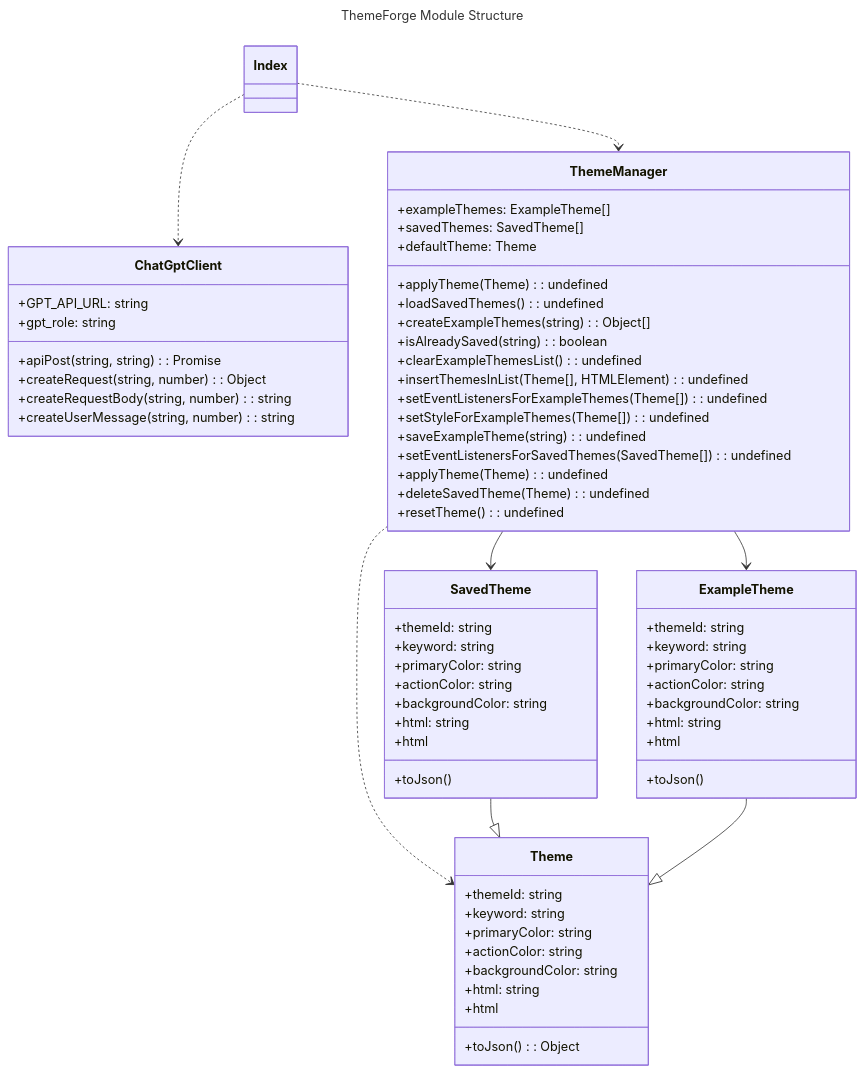
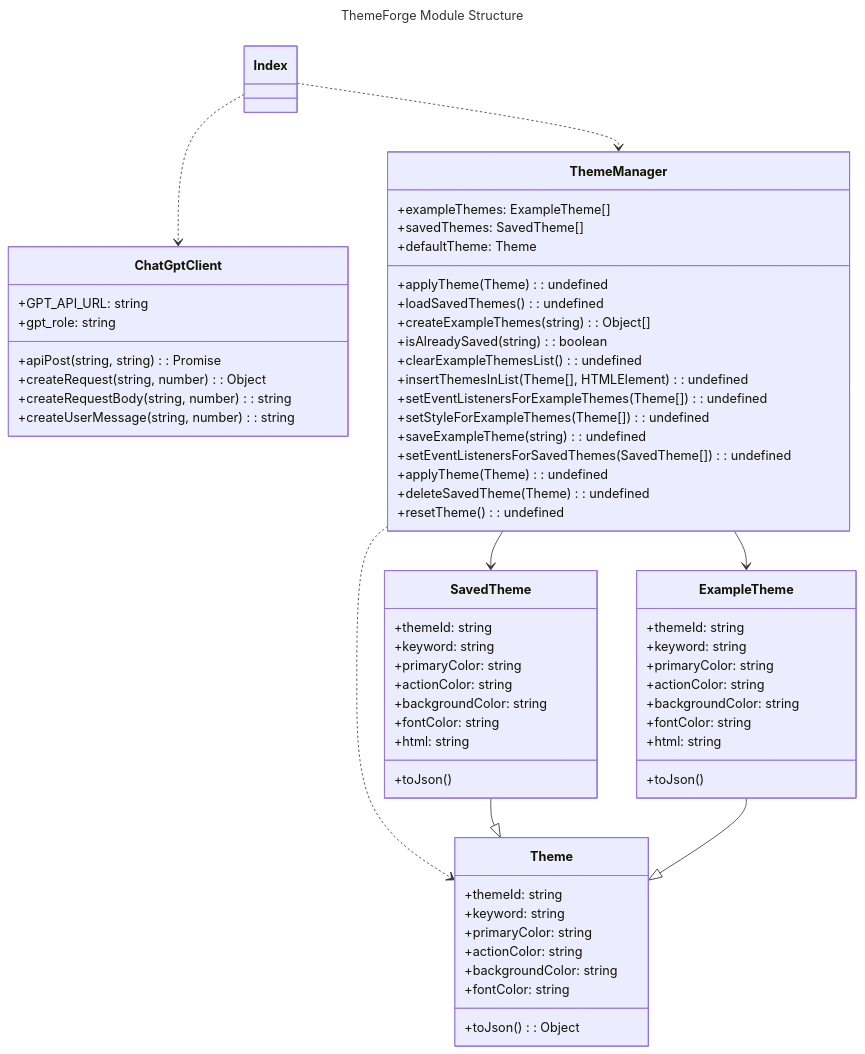
One commit to ZeyaKim/themeforge changed the second of 3 diagrams in README.md. Above: the diagram before and after it, drawn with Mermaid. The commit also changed 1 other file, not shown here.

Commit message:
📝 update class diagram

````diff
--- a/README.md
+++ b/README.md
@@ -94,79 +94,78 @@
 ```mermaid
 ---
 title: ThemeForge Module Structure
 ---
 
 classDiagram
     class Index {
 
     }
 
     class ChatGptClient {
         +GPT_API_URL: string
         +gpt_role: string
         +apiPost(string, string): Promise<string>
         +createRequest(string, number): Object
         +createRequestBody(string, number): string
         +createUserMessage(string, number): string
     }
 
     class ThemeManager {
         +exampleThemes: ExampleTheme[]
         +savedThemes: SavedTheme[]
         +defaultTheme: Theme
         +applyTheme(Theme): undefined
         +loadSavedThemes(): undefined
         +createExampleThemes(string): Object[]
         +isAlreadySaved(string): boolean
         +clearExampleThemesList(): undefined
         +insertThemesInList(Theme[], HTMLElement): undefined
         +setEventListenersForExampleThemes(Theme[]): undefined
         +setStyleForExampleThemes(Theme[]): undefined
         +saveExampleTheme(string): undefined
         +setEventListenersForSavedThemes(SavedTheme[]): undefined
         +applyTheme(Theme): undefined
         +deleteSavedTheme(Theme): undefined
         +resetTheme(): undefined
     }
 
     class Theme {
         +themeId: string
         +keyword: string
         +primaryColor: string
         +actionColor: string
         +backgroundColor: string
-        +html: string
-        +html
+        +fontColor: string
         +toJson(): Object
     }
 
     class ExampleTheme {
         +themeId: string
         +keyword: string
         +primaryColor: string
         +actionColor: string
         +backgroundColor: string
+        +fontColor: string
         +html: string
-        +html
         +toJson()
     }
 
     class SavedTheme {
         +themeId: string
         +keyword: string
         +primaryColor: string
         +actionColor: string
         +backgroundColor: string
+        +fontColor: string
         +html: string
-        +html
         +toJson()
     }
 
     Index ..> ChatGptClient
     Index ..> ThemeManager
     ThemeManager ..> Theme
     ThemeManager --> ExampleTheme
     ThemeManager --> SavedTheme
     SavedTheme --|> Theme
     ExampleTheme --|> Theme
 ```
````
